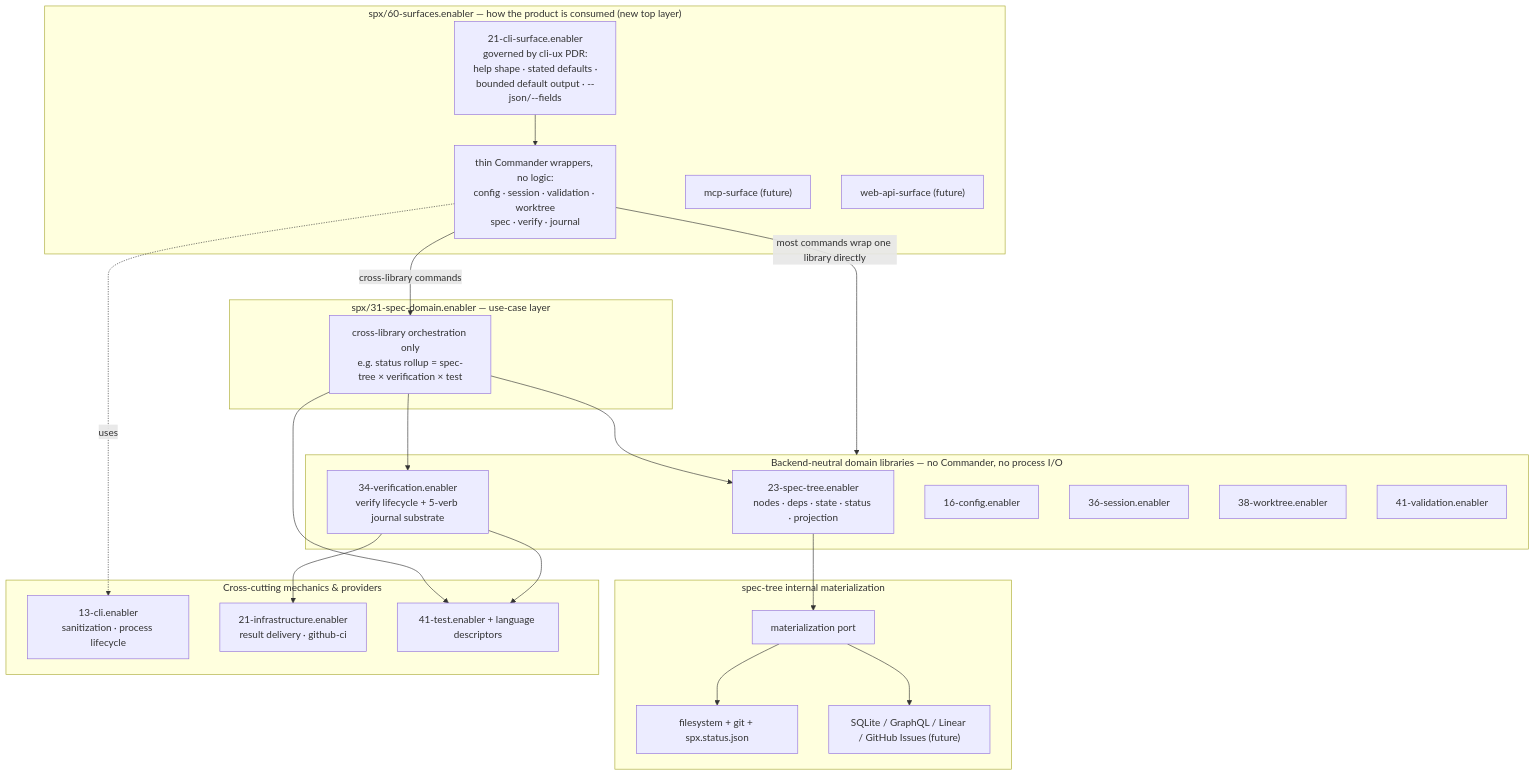
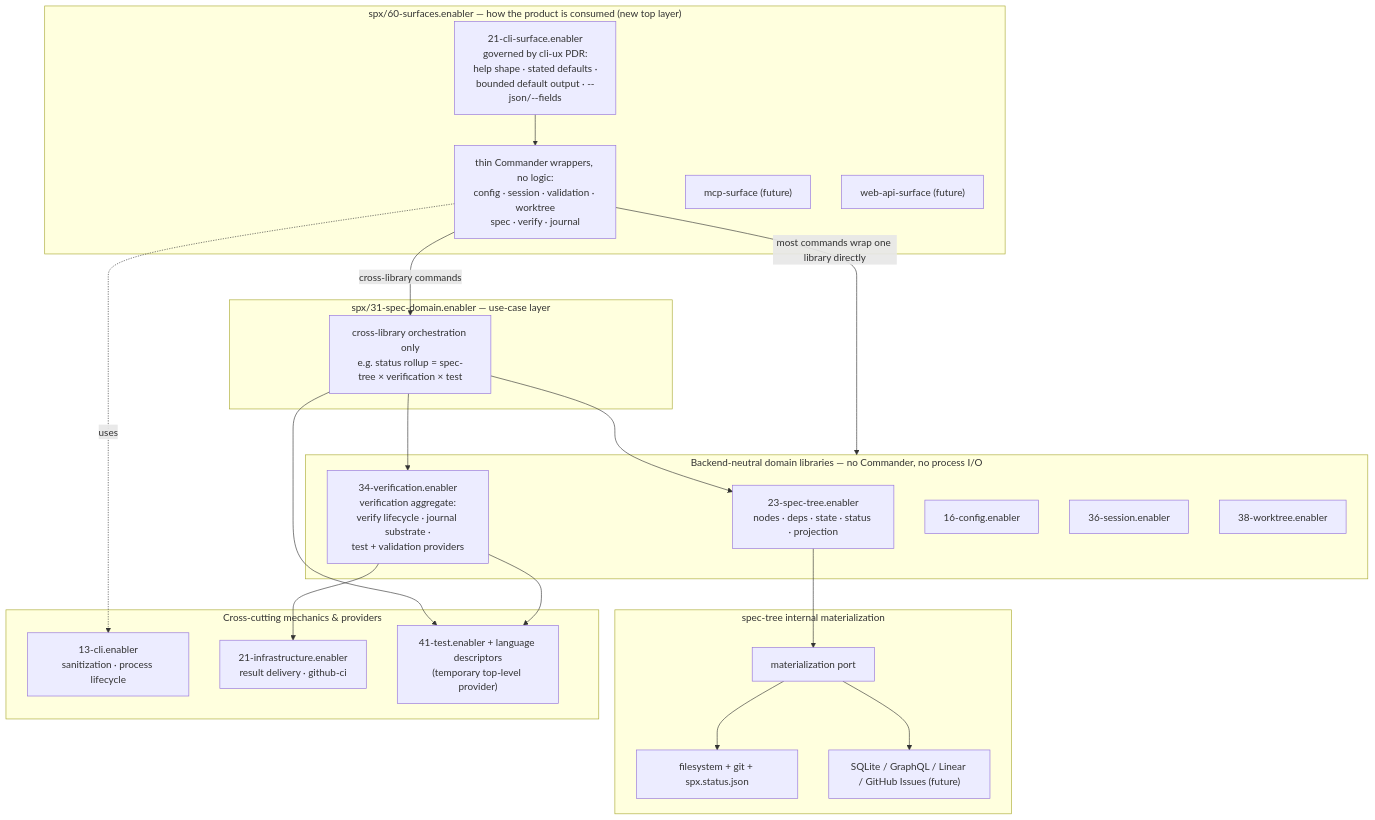
Before and after one commit to outcomeeng/spx: the first of 2 diagrams in spx/PLAN.md, drawn with Mermaid. The commit also changed other lines of this file and 34 other files, not shown here.

````diff
--- a/spx/PLAN.md
+++ b/spx/PLAN.md
@@ -19,49 +19,48 @@
 ```mermaid
 flowchart TB
   subgraph Surfaces["spx/60-surfaces.enabler — how the product is consumed (new top layer)"]
     CLIsurface["21-cli-surface.enabler<br/>governed by cli-ux PDR:<br/>help shape · stated defaults ·<br/>bounded default output · --json/--fields"]
     CLIwrap["thin Commander wrappers, no logic:<br/>config · session · validation · worktree<br/>spec · verify · journal"]
     MCP["mcp-surface (future)"]
     WEB["web-api-surface (future)"]
     CLIsurface --> CLIwrap
   end
 
   subgraph UseCase["spx/31-spec-domain.enabler — use-case layer"]
     App["cross-library orchestration only<br/>e.g. status rollup = spec-tree × verification × test"]
   end
 
   subgraph Libraries["Backend-neutral domain libraries — no Commander, no process I/O"]
     ST["23-spec-tree.enabler<br/>nodes · deps · state · status · projection"]
-    VER["34-verification.enabler<br/>verify lifecycle + 5-verb journal substrate"]
+    VER["34-verification.enabler<br/>verification aggregate:<br/>verify lifecycle · journal substrate ·<br/>test + validation providers"]
     CFG["16-config.enabler"]
     SES["36-session.enabler"]
     WT["38-worktree.enabler"]
-    VAL["41-validation.enabler"]
   end
 
   subgraph Backends["spec-tree internal materialization"]
     PORT["materialization port"]
     FS["filesystem + git + spx.status.json"]
     FUT["SQLite / GraphQL / Linear / GitHub Issues (future)"]
   end
 
   subgraph Cross["Cross-cutting mechanics & providers"]
     MECH["13-cli.enabler<br/>sanitization · process lifecycle"]
     INFRA["21-infrastructure.enabler<br/>result delivery · github-ci"]
-    TEST["41-test.enabler + language descriptors"]
+    TEST["41-test.enabler + language descriptors<br/>(temporary top-level provider)"]
   end
 
   CLIwrap -->|"cross-library commands"| App
   CLIwrap -->|"most commands wrap one library directly"| Libraries
   CLIwrap -.uses.-> MECH
 
   App --> ST
   App --> VER
   App --> TEST
 
   ST --> PORT
   PORT --> FS
   PORT --> FUT
   VER --> INFRA
   VER --> TEST
 ```
````
